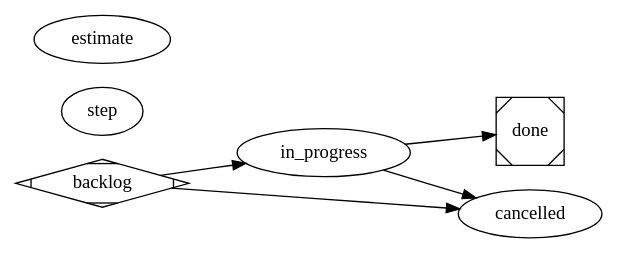
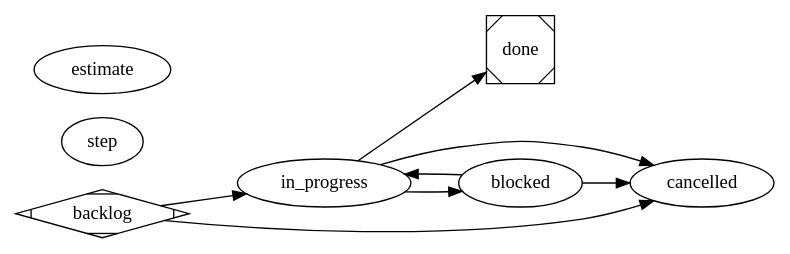
The diagram in internal/config/substrate/workflows/satelle-baseline-workflow.md (bobmcallan/satelle), drawn with Graphviz before and after one commit. The commit also changed 12 other files, not shown here.

First line of the commit message:
feat(workflow): blocked park state + reason gate (sty_af447d80)

````diff
--- a/internal/config/substrate/workflows/satelle-baseline-workflow.md
+++ b/internal/config/substrate/workflows/satelle-baseline-workflow.md
@@ -19,26 +19,32 @@
 ```dot
 digraph satelle_baseline {
   graph [goal="The order-zero lifecycle every satelle repo inherits", vars="story"]
   rankdir=LR
 
   backlog     [shape=Mdiamond]
   in_progress [agent=executor]
   done        [shape=Msquare, agent=reviewer, prompt="@skill:satelle-story-done-review"]
   cancelled   [agent=reviewer, prompt="@skill:satelle-story-cancel-review"]
+  // Park state: world-not-ready. agent=reviewer so it is not engaged (edit/commit gates).
+  blocked     [agent=reviewer, prompt="@skill:satelle-story-blocked-review"]
   // step is a transparent, edge-less declaration (sty_9a139c78): it opts this
   // workflow into per-transition step summaries (satelle-step-summary), marked
   // mandatory so a summary failure is surfaced. It is not a lifecycle state.
   step        [agent=reviewer, prompt="@skill:satelle-step-summary", mandatory=true]
   // estimate is a declared scoped reviewer (edge-less, on="<target states>"): the
   // workflow itself declares the always-on plan-estimate/actual gate, so the DOT is
   // the sole gating authority — no skill tag injects an undeclared gate (sty_ca9f675f).
   // Advisory where the skill is absent (a fresh repo); enforced where present.
   estimate    [agent=reviewer, prompt="@skill:satelle-estimate-actual-review", on="in_progress,done"]
 
   backlog -> in_progress [agent=reviewer, prompt="@skill:satelle-story-intent-review"]
   in_progress -> done
 
+  in_progress -> blocked [agent=reviewer, prompt="@skill:satelle-story-blocked-review"]
+  blocked     -> in_progress
+
   backlog     -> cancelled
   in_progress -> cancelled
+  blocked     -> cancelled
 }
 ```
````
